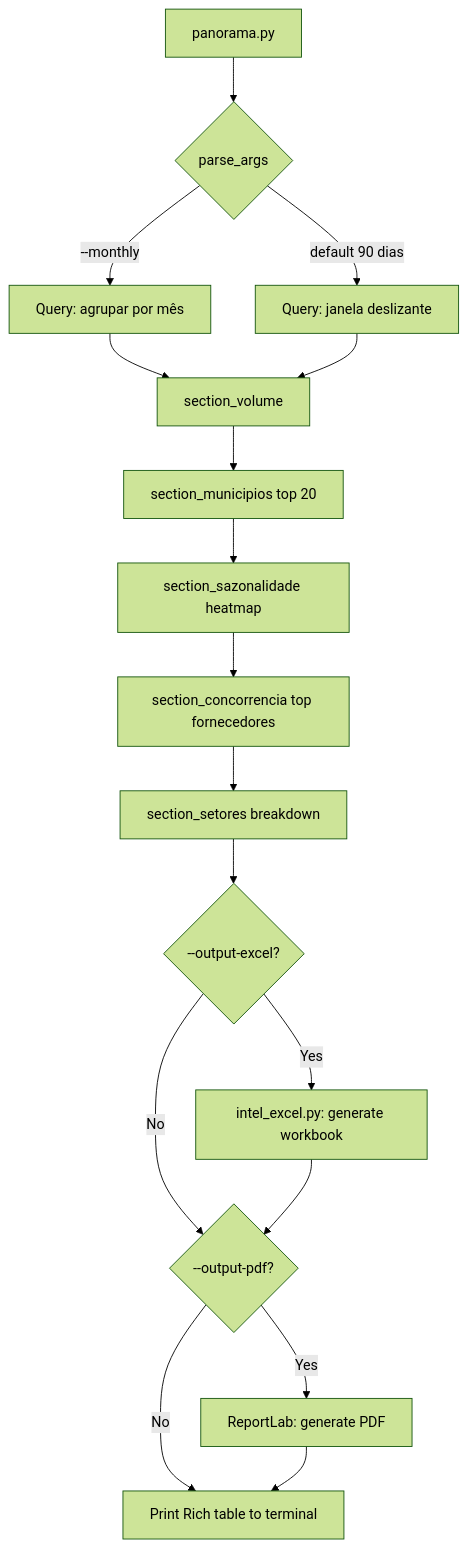
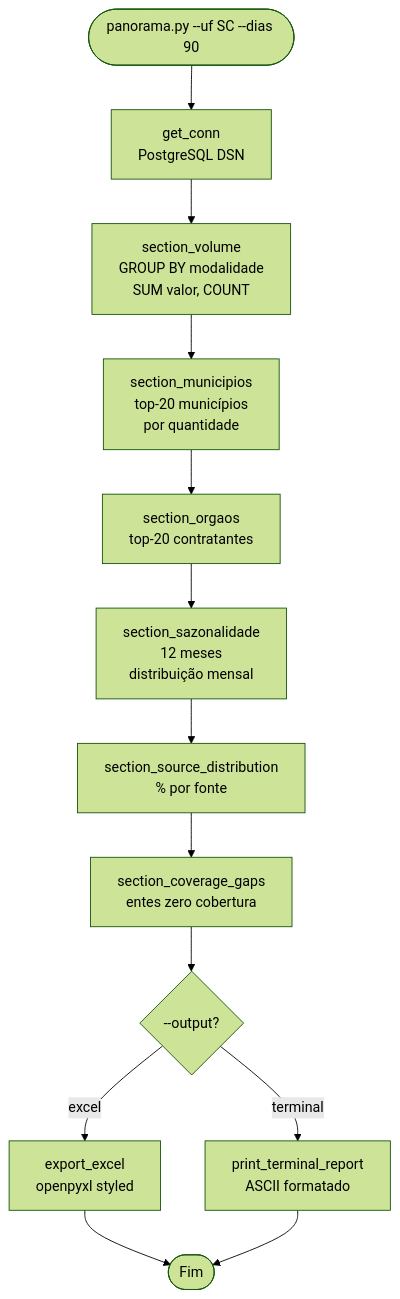
One commit to tjsasakifln/extra-cli changed the fourth of 4 diagrams in _reversa_sdd/flowcharts/reports.md. Above: the diagram before and after it, drawn with Mermaid (forest theme). The commit also changed other lines of this file and 215 other files, not shown here.

````diff
--- a/_reversa_sdd/flowcharts/reports.md
+++ b/_reversa_sdd/flowcharts/reports.md
@@ -9,19 +77,15 @@
 ```mermaid
 flowchart TD
-    A[panorama.py] --> B{parse_args}
-    B -->|--monthly| C[Query: agrupar por mês]
-    B -->|default 90 dias| D[Query: janela deslizante]
-    C --> E[section_volume]
-    D --> E
-    E --> F[section_municipios top 20]
-    F --> G[section_sazonalidade heatmap]
-    G --> H[section_concorrencia top fornecedores]
-    H --> I[section_setores breakdown]
-    I --> J{--output-excel?}
-    J -->|Yes| K[intel_excel.py: generate workbook]
-    J -->|No| L
-    K --> L{--output-pdf?}
-    L -->|Yes| M[ReportLab: generate PDF]
-    L -->|No| N[Print Rich table to terminal]
-    M --> N
+    START(["panorama.py --uf SC --dias 90"]) --> CONN[get_conn<br/>PostgreSQL DSN]
+    CONN --> S1[section_volume<br/>GROUP BY modalidade<br/>SUM valor, COUNT]
+    S1 --> S2[section_municipios<br/>top-20 municípios<br/>por quantidade]
+    S2 --> S3[section_orgaos<br/>top-20 contratantes]
+    S3 --> S4[section_sazonalidade<br/>12 meses<br/>distribuição mensal]
+    S4 --> S5[section_source_distribution<br/>% por fonte]
+    S5 --> S6[section_coverage_gaps<br/>entes zero cobertura]
+    S6 --> EXPORT{--output?}
+    EXPORT -->|excel| XLSX[export_excel<br/>openpyxl styled]
+    EXPORT -->|terminal| TERM[print_terminal_report<br/>ASCII formatado]
+    XLSX --> END(["Fim"])
+    TERM --> END
 ```
````
